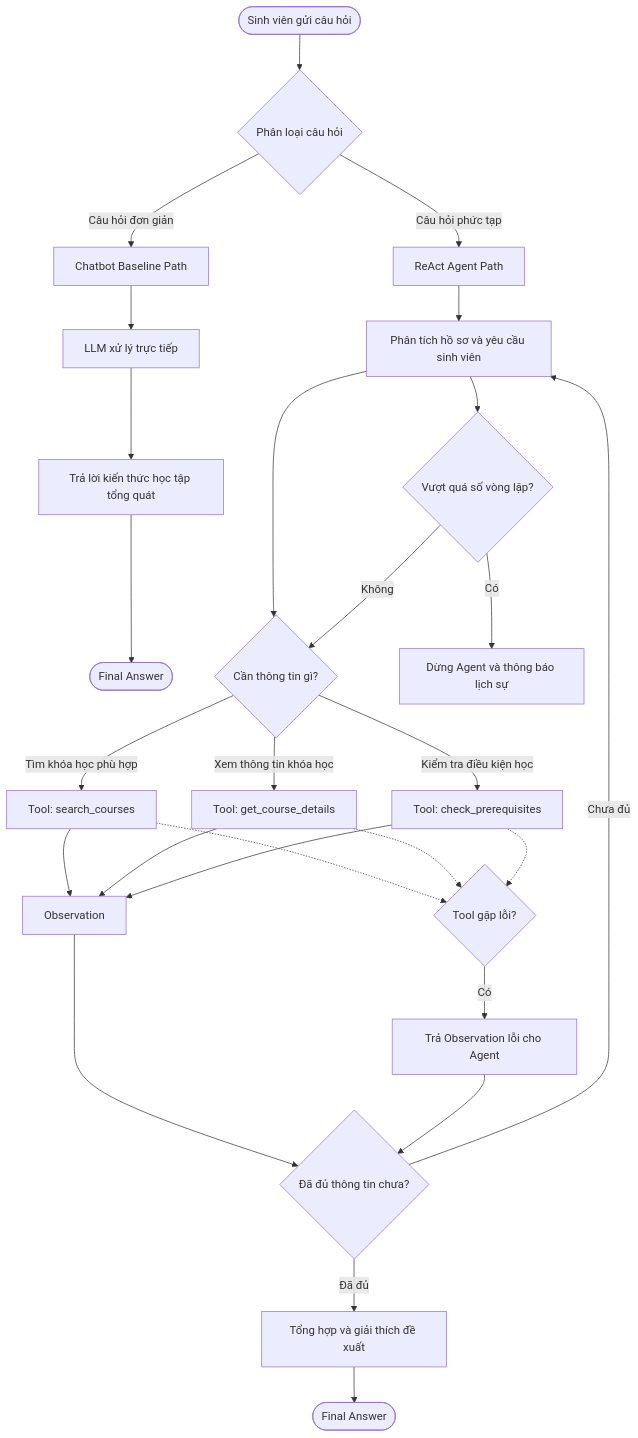
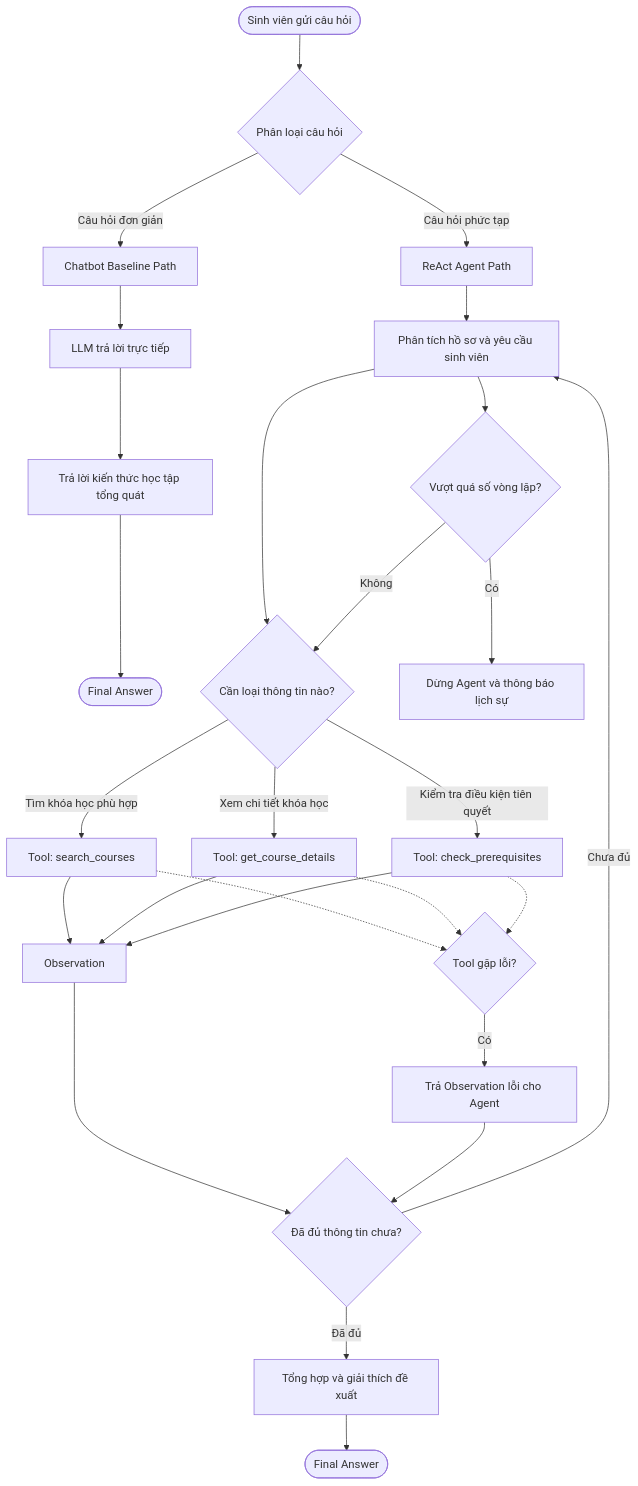
Before and after one commit to BuiHoangVuong777/DAY03_2A202601553_BuiHoangVuong: the diagram in docs/hybrid_flowchart.mermaid, drawn with Mermaid. The commit also changed 1 other file, not shown here.

Commit message:
trace_eval & Hybrid Flowchart Hoan thanh

```diff
--- a/docs/hybrid_flowchart.mermaid
+++ b/docs/hybrid_flowchart.mermaid
@@ -1,40 +1,39 @@
 flowchart TD
     A([Sinh viên gửi câu hỏi]) --> B{Phân loại câu hỏi}
 
     B -->|Câu hỏi đơn giản| C[Chatbot Baseline Path]
     B -->|Câu hỏi phức tạp| D[ReAct Agent Path]
 
     %% Chatbot path
-    C --> E[LLM xử lý trực tiếp]
+    C --> E[LLM trả lời trực tiếp]
     E --> F[Trả lời kiến thức học tập tổng quát]
     F --> G([Final Answer])
 
     %% ReAct Agent path
     D --> H[Phân tích hồ sơ và yêu cầu sinh viên]
-    H --> I{Cần thông tin gì?}
+    H --> I{Cần loại thông tin nào?}
 
     I -->|Tìm khóa học phù hợp| J[Tool: search_courses]
-    I -->|Xem thông tin khóa học| K[Tool: get_course_details]
-    I -->|Kiểm tra điều kiện học| L[Tool: check_prerequisites]
+    I -->|Xem chi tiết khóa học| K[Tool: get_course_details]
+    I -->|Kiểm tra điều kiện tiên quyết| L[Tool: check_prerequisites]
 
     J --> M[Observation]
     K --> M
     L --> M
 
     M --> N{Đã đủ thông tin chưa?}
-
     N -->|Chưa đủ| H
     N -->|Đã đủ| O[Tổng hợp và giải thích đề xuất]
     O --> P([Final Answer])
 
     %% Guardrails
     H --> Q{Vượt quá số vòng lặp?}
     Q -->|Có| R[Dừng Agent và thông báo lịch sự]
     Q -->|Không| I
 
     J -.-> S{Tool gặp lỗi?}
     K -.-> S
     L -.-> S
 
     S -->|Có| T[Trả Observation lỗi cho Agent]
     T --> N
```
